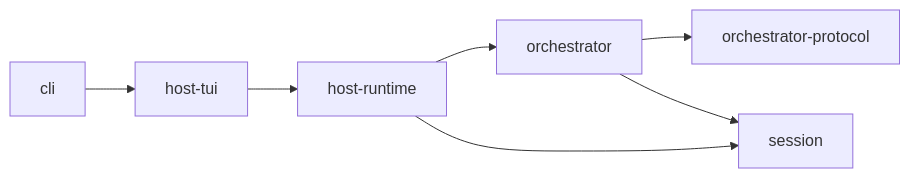
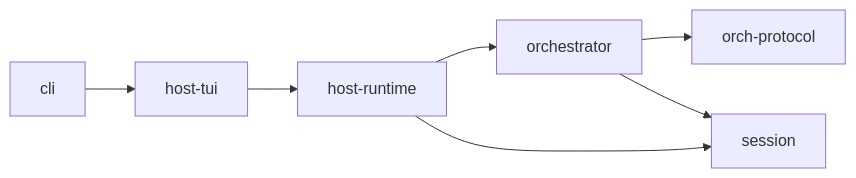
Before and after one commit to biuld/piko: the diagram in AGENTS.md, drawn with Mermaid. The commit also changed other lines of this file and 196 other files, not shown here.

Commit message:
refactor(orch): replace TS orchestrator with Rust-based orchd, rename protocol, implement RPC communication

````diff
--- a/AGENTS.md
+++ b/AGENTS.md
@@ -11,9 +11,9 @@
 ```mermaid
 graph LR
   CLI[cli] --> TUI[host-tui]
   TUI --> Runtime[host-runtime]
   Runtime --> Orch[orchestrator]
-  Orch --> Protocol[orchestrator-protocol]
+  Orch --> Protocol[orch-protocol]
   Runtime --> Session[session]
   Orch --> Session
 ```
````
